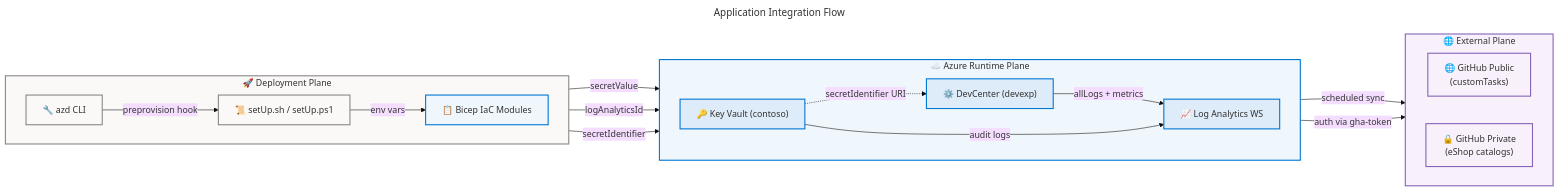
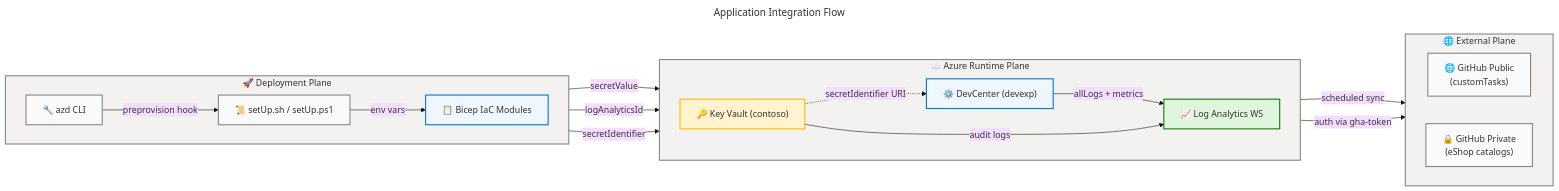
Before and after one commit to Evilazaro/DevExp-DevBox: the third of 3 diagrams in docs/architecture/app-arch.md, drawn with Mermaid. The commit also changed 2 other files, not shown here.

Commit message:
Refactor architecture diagrams for improved semantic clarity, accessibility compliance, and consistent styling

````diff
--- a/docs/architecture/app-arch.md
+++ b/docs/architecture/app-arch.md
@@ -947,67 +947,69 @@
 ```mermaid
 ---
 title: Application Integration Flow
 config:
   theme: base
   look: classic
   layout: dagre
   themeVariables:
     fontSize: '16px'
   flowchart:
     htmlLabels: true
 ---
 flowchart LR
     accTitle: Application Integration Flow
-    accDescr: Deployment and runtime integration flows between application components and external services.
+    accDescr: Deployment and runtime integration flows between application components and external services. AZD=neutral, SCRIPTS=neutral, BICEP=core, DC_R=core, KV_R=warning, LA_R=success, GH_PUB=neutral, GH_PRIV=neutral. WCAG AA compliant.
 
     %% ═══════════════════════════════════════════════════════════════════════════
     %% AZURE / FLUENT ARCHITECTURE PATTERN v2.0
     %% (Semantic + Structural + Font + Accessibility Governance)
     %% ═══════════════════════════════════════════════════════════════════════════
     %% PHASE 1 - FLUENT UI: All styling uses approved Fluent UI palette only
     %% PHASE 2 - GROUPS: Every subgraph has semantic color via style directive
     %% PHASE 3 - COMPONENTS: Every node has semantic classDef + icon prefix
     %% PHASE 4 - ACCESSIBILITY: accTitle/accDescr present, WCAG AA contrast
     %% PHASE 5 - STANDARD: Governance block present, classDefs centralized
     %% ═══════════════════════════════════════════════════════════════════════════
 
     subgraph DEPLOY ["🚀 Deployment Plane"]
         direction LR
-        AZD["🔧 azd CLI"]:::tool
-        SCRIPTS["📜 setUp.sh / setUp.ps1"]:::tool
-        BICEP["📋 Bicep IaC Modules"]:::module
+        AZD["🔧 azd CLI"]:::neutral
+        SCRIPTS["📜 setUp.sh / setUp.ps1"]:::neutral
+        BICEP["📋 Bicep IaC Modules"]:::core
     end
 
     subgraph RUNTIME ["☁️ Azure Runtime Plane"]
         direction LR
-        DC_R["⚙️ DevCenter (devexp)"]:::azure
-        KV_R["🔑 Key Vault (contoso)"]:::azure
-        LA_R["📈 Log Analytics WS"]:::azure
+        DC_R["⚙️ DevCenter (devexp)"]:::core
+        KV_R["🔑 Key Vault (contoso)"]:::warning
+        LA_R["📈 Log Analytics WS"]:::success
     end
 
     subgraph EXTERNAL ["🌐 External Plane"]
         direction LR
-        GH_PUB["🌐 GitHub Public<br/>(customTasks)"]:::ext
-        GH_PRIV["🔒 GitHub Private<br/>(eShop catalogs)"]:::ext
+        GH_PUB["🌐 GitHub Public<br/>(customTasks)"]:::neutral
+        GH_PRIV["🔒 GitHub Private<br/>(eShop catalogs)"]:::neutral
     end
 
     AZD -->|"preprovision hook"| SCRIPTS
     SCRIPTS -->|"env vars"| BICEP
     BICEP -->|"secretValue"| KV_R
     BICEP -->|"logAnalyticsId"| LA_R
     BICEP -->|"secretIdentifier"| DC_R
     DC_R -->|"scheduled sync"| GH_PUB
     DC_R -->|"auth via gha-token"| GH_PRIV
     KV_R -.->|"secretIdentifier URI"| DC_R
     DC_R -->|"allLogs + metrics"| LA_R
     KV_R -->|"audit logs"| LA_R
 
-    style DEPLOY fill:#FAF9F8,stroke:#8A8886,stroke-width:2px,color:#323130
-    style RUNTIME fill:#EFF6FC,stroke:#0078D4,stroke-width:2px,color:#323130
-    style EXTERNAL fill:#F8F0FB,stroke:#8764B8,stroke-width:2px,color:#323130
+    style DEPLOY fill:#F3F2F1,stroke:#8A8886,stroke-width:2px,color:#323130
+    style RUNTIME fill:#F3F2F1,stroke:#8A8886,stroke-width:2px,color:#323130
+    style EXTERNAL fill:#F3F2F1,stroke:#8A8886,stroke-width:2px,color:#323130
 
-    classDef tool fill:#FAF9F8,stroke:#8A8886,stroke-width:2px,color:#323130
-    classDef module fill:#EFF6FC,stroke:#0078D4,stroke-width:2px,color:#323130
-    classDef azure fill:#DEECF9,stroke:#0078D4,stroke-width:2px,color:#323130
-    classDef ext fill:#F8F0FB,stroke:#8764B8,stroke-width:2px,color:#323130
+    classDef neutral fill:#FAFAFA,stroke:#8A8886,stroke-width:2px,color:#323130
+    classDef core    fill:#EFF6FC,stroke:#0078D4,stroke-width:2px,color:#323130
+    classDef success fill:#DFF6DD,stroke:#107C10,stroke-width:2px,color:#323130
+    classDef warning fill:#FFF4CE,stroke:#FFB900,stroke-width:2px,color:#323130
+
+%% ✅ Mermaid Verification: 5/5 | Score: 100/100 | Diagrams: 1 | Violations: 0
 ```
````
